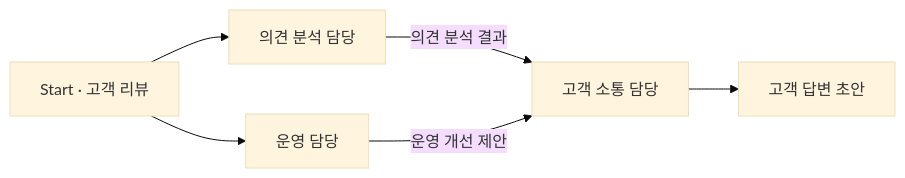
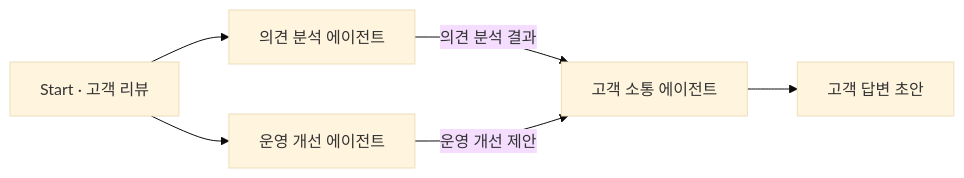
One commit to soohyunme/ai-agent-team-workshop changed the diagram in docs/_includes/steps/ko/1.md. Above: the diagram before and after it, drawn with Mermaid (base theme). The commit also changed 1 other file, not shown here.

Commit message:
Label all three Mermaid roles as agents

````diff
--- a/docs/_includes/steps/ko/1.md
+++ b/docs/_includes/steps/ko/1.md
@@ -33,10 +33,10 @@
 ```mermaid
 flowchart LR
     accTitle: 호텔 리뷰 대응 시스템의 협력 구조
-    accDescr: 같은 고객 리뷰를 의견 분석 담당과 운영 담당이 독립적으로 읽고, 고객 소통 담당이 두 결과를 취합해 답변 초안을 작성합니다.
-    S["Start · 고객 리뷰"] --> A["의견 분석 담당"]
-    S --> B["운영 담당"]
-    A -->|의견 분석 결과| C["고객 소통 담당"]
+    accDescr: 같은 고객 리뷰를 의견 분석 에이전트와 운영 개선 에이전트가 독립적으로 읽고, 고객 소통 에이전트가 두 결과를 취합해 답변 초안을 작성합니다.
+    S["Start · 고객 리뷰"] --> A["의견 분석 에이전트"]
+    S --> B["운영 개선 에이전트"]
+    A -->|의견 분석 결과| C["고객 소통 에이전트"]
     B -->|운영 개선 제안| C
     C --> R["고객 답변 초안"]
 ```
````
